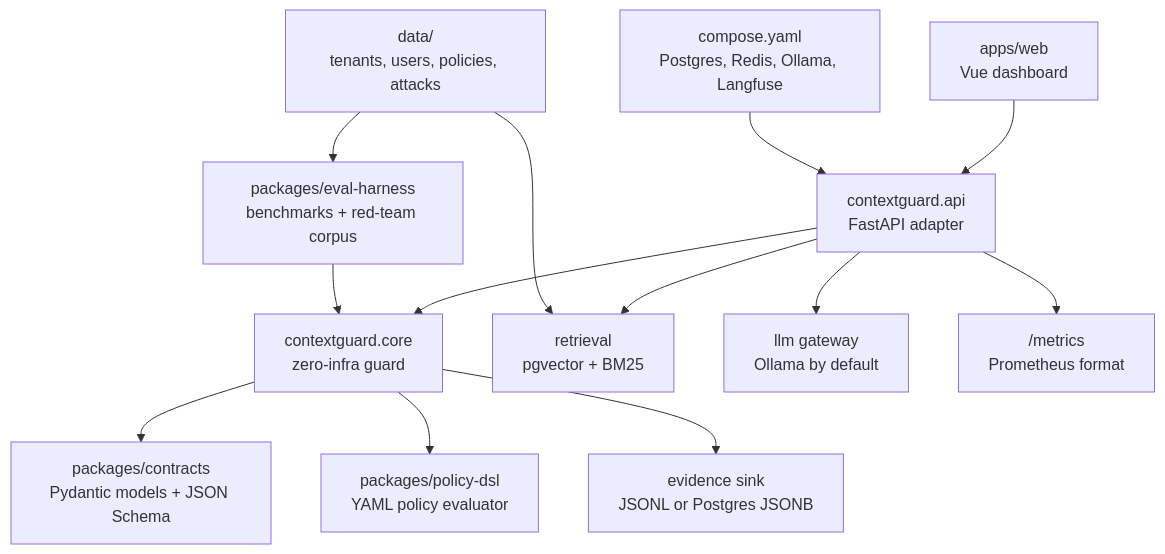
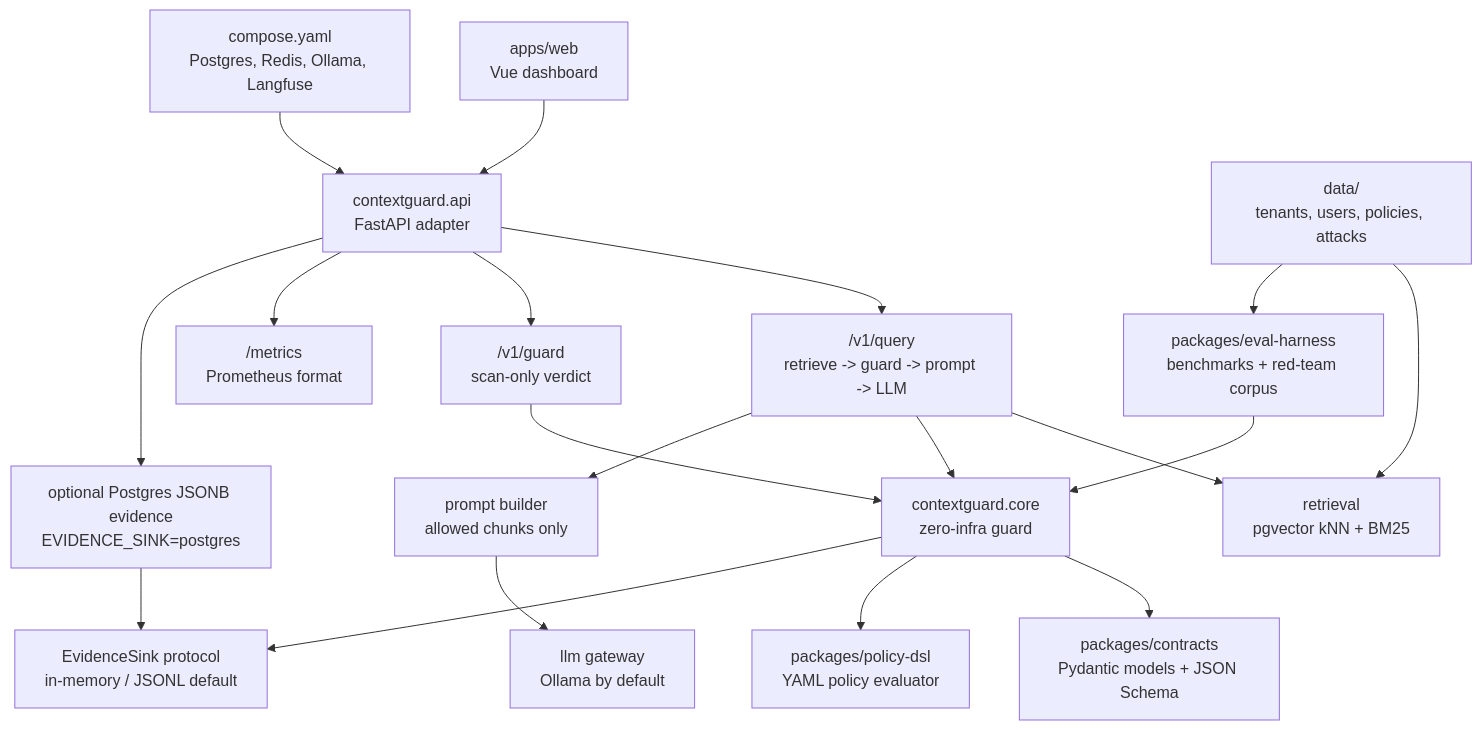
Before and after one commit to Szesnasty/ContextGuard: the third of 3 diagrams in README.md, drawn with Mermaid. The commit also changed other lines of this file, not shown here.

Commit message:
Correct README diagrams

````diff
--- a/README.md
+++ b/README.md
@@ -241,18 +243,24 @@
 ```mermaid
 flowchart TB
     Web["apps/web<br/>Vue dashboard"] --> API["contextguard.api<br/>FastAPI adapter"]
-    API --> Core["contextguard.core<br/>zero-infra guard"]
-    API --> Retrieval["retrieval<br/>pgvector + BM25"]
-    API --> LLM["llm gateway<br/>Ollama by default"]
+    API --> Query["/v1/query<br/>retrieve -> guard -> prompt -> LLM"]
+    API --> Scan["/v1/guard<br/>scan-only verdict"]
+    Query --> Retrieval["retrieval<br/>pgvector kNN + BM25"]
+    Query --> Core["contextguard.core<br/>zero-infra guard"]
+    Query --> Prompt["prompt builder<br/>allowed chunks only"]
+    Prompt --> LLM["llm gateway<br/>Ollama by default"]
+    Scan --> Core
     API --> Metrics["/metrics<br/>Prometheus format"]
 
     Core --> Contracts["packages/contracts<br/>Pydantic models + JSON Schema"]
     Core --> Policy["packages/policy-dsl<br/>YAML policy evaluator"]
-    Core --> Evidence["evidence sink<br/>JSONL or Postgres JSONB"]
+    Core --> Evidence["EvidenceSink protocol<br/>in-memory / JSONL default"]
+    API --> PgEvidence["optional Postgres JSONB evidence<br/>EVIDENCE_SINK=postgres"]
+    PgEvidence --> Evidence
 
     Eval["packages/eval-harness<br/>benchmarks + red-team corpus"] --> Core
     Data["data/<br/>tenants, users, policies, attacks"] --> Retrieval
     Data --> Eval
 
     Compose["compose.yaml<br/>Postgres, Redis, Ollama, Langfuse"] --> API
 ```
````
